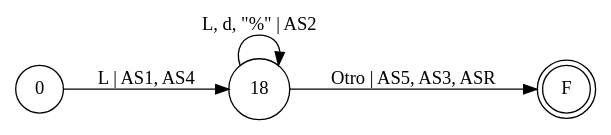
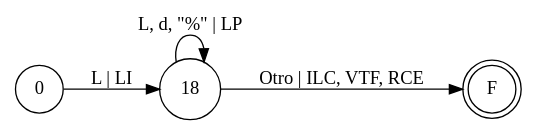
One commit to iroumec/RouVel-Compiler changed the diagram in resources/diagrams/graphs/identifier.dot. Above: the diagram before and after it, drawn with Graphviz. The commit also changed 29 other files, not shown here.

```diff
--- a/resources/diagrams/graphs/identifier.dot
+++ b/resources/diagrams/graphs/identifier.dot
@@ -1,10 +1,10 @@
 digraph DFA {
     rankdir = LR;
     node [shape = circle;];
     F [shape = doublecircle;];
     // No hay posible error.
     
-    0 -> 18 [label = "L | AS1, AS4";];
-    18 -> 18 [label = "L, d, \"%\" | AS2";];
-    18 -> F [label = "Otro | AS5, AS3, ASR";];
+    0 -> 18 [label = "L | LI";];
+    18 -> 18 [label = "L, d, \"%\" | LP";];
+    18 -> F [label = "Otro | ILC, VTF, RCE";];
 }
```
